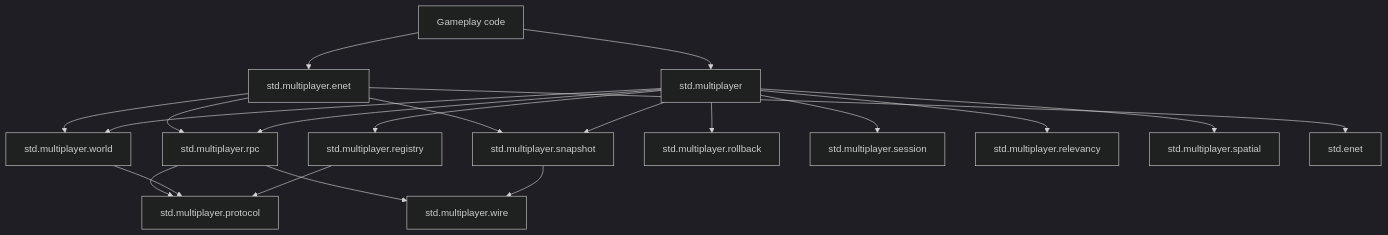
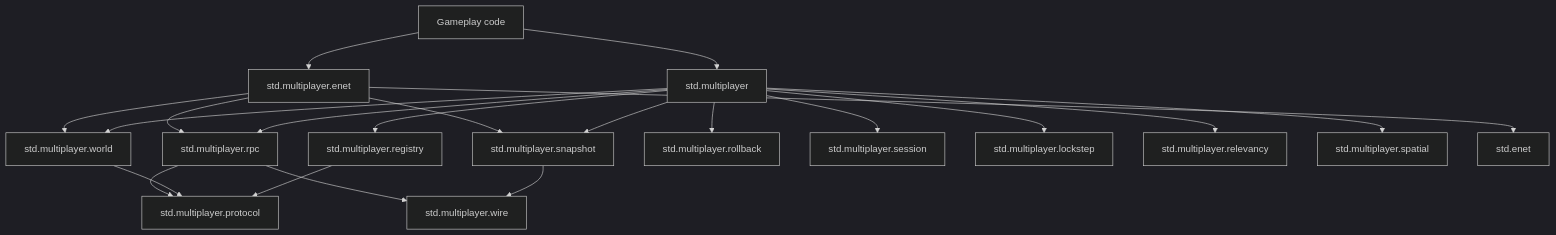
Before and after one commit to teefan/mt-lang: the diagram in docs/multiplayer-standard-library.md, drawn with Mermaid (dark theme). The commit also changed other lines of this file and 8 other files, not shown here.

First line of the commit message:
Implement lockstep multiplayer protocol with command and checksum handling

````diff
--- a/docs/multiplayer-standard-library.md
+++ b/docs/multiplayer-standard-library.md
@@ -10,37 +10,39 @@
 ```mermaid
 flowchart TD
     gameplay[Gameplay code]
     root[std.multiplayer]
     enet_backend[std.multiplayer.enet]
     registry[std.multiplayer.registry]
     world[std.multiplayer.world]
     rpc[std.multiplayer.rpc]
     snapshot[std.multiplayer.snapshot]
     rollback[std.multiplayer.rollback]
     session[std.multiplayer.session]
+    lockstep[std.multiplayer.lockstep]
     relevancy[std.multiplayer.relevancy]
     spatial[std.multiplayer.spatial]
     wire[std.multiplayer.wire]
     protocol[std.multiplayer.protocol]
     std_enet[std.enet]
 
     gameplay --> root
     gameplay --> enet_backend
     root --> registry
     root --> world
     root --> rpc
     root --> snapshot
     root --> rollback
     root --> session
+    root --> lockstep
     root --> relevancy
     root --> spatial
     snapshot --> wire
     rpc --> wire
     enet_backend --> std_enet
     enet_backend --> world
     enet_backend --> rpc
     enet_backend --> snapshot
     registry --> protocol
     world --> protocol
     rpc --> protocol
 ```
````
